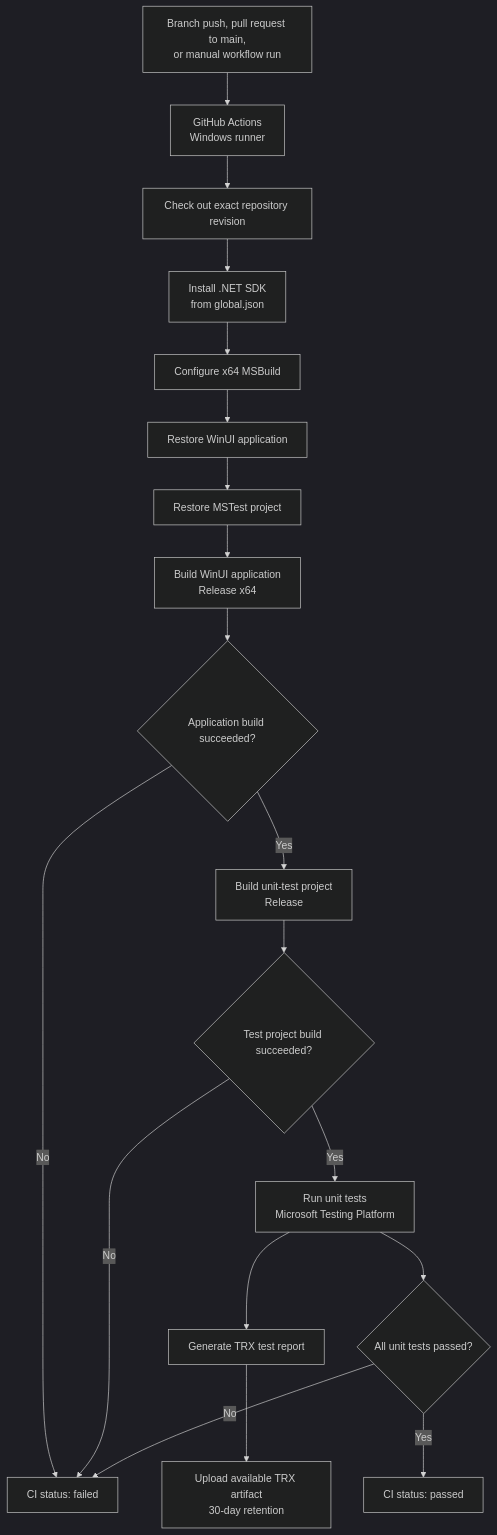
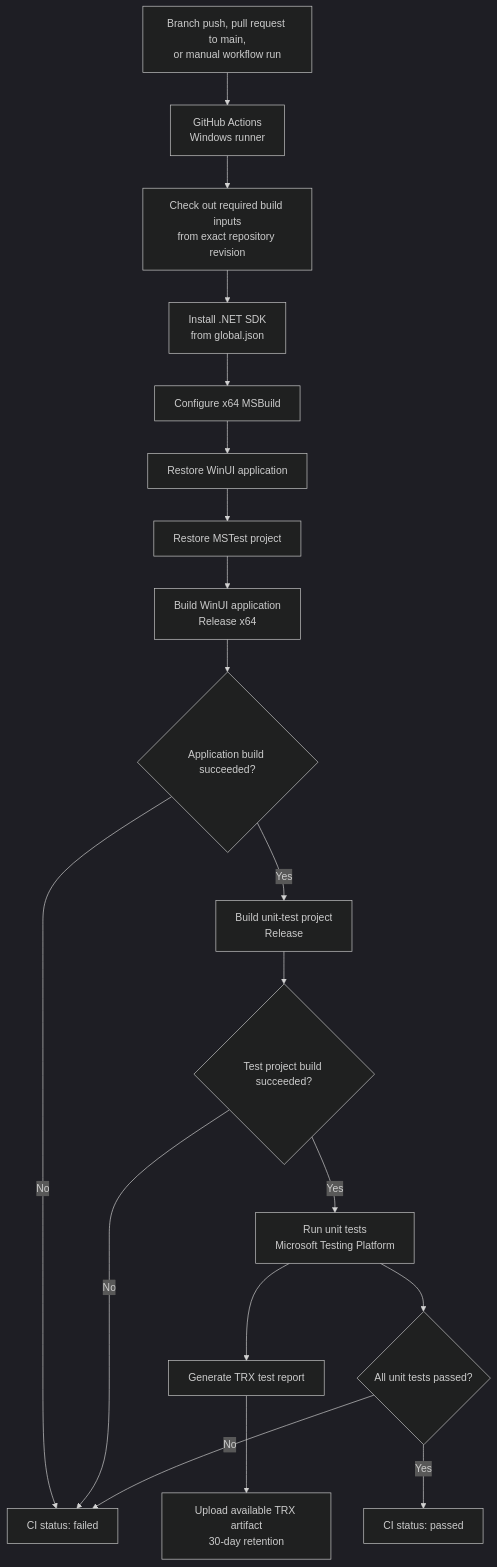
Before and after one commit to arian20020/IBM-Granite-Edge-AI-Optimisation-using-TurboQuant: the diagram in docs/architecture/diagrams/CI-Build-and-Test-Workflow.md, drawn with Mermaid (dark theme). The commit also changed 1 other file, not shown here.

Commit message:
ci: limit Windows checkout to required build inputs

````diff
--- a/docs/architecture/diagrams/CI-Build-and-Test-Workflow.md
+++ b/docs/architecture/diagrams/CI-Build-and-Test-Workflow.md
@@ -23,43 +23,43 @@
 ```mermaid
 flowchart TD
     A["Branch push, pull request to main,<br/>or manual workflow run"]
     B["GitHub Actions<br/>Windows runner"]
-    C["Check out exact repository revision"]
+    C["Check out required build inputs<br/>from exact repository revision"]
     D["Install .NET SDK<br/>from global.json"]
     E["Configure x64 MSBuild"]
     F["Restore WinUI application"]
     G["Restore MSTest project"]
     H["Build WinUI application<br/>Release x64"]
     I{"Application build succeeded?"}
     J["Build unit-test project<br/>Release"]
     K{"Test project build succeeded?"}
     L["Run unit tests<br/>Microsoft Testing Platform"]
     M["Generate TRX test report"]
     N["Upload available TRX artifact<br/>30-day retention"]
     O{"All unit tests passed?"}
     P["CI status: passed"]
     Q["CI status: failed"]
 
     A --> B
     B --> C
     C --> D
     D --> E
     E --> F
     F --> G
     G --> H
     H --> I
 
     I -- "No" --> Q
     I -- "Yes" --> J
 
     J --> K
     K -- "No" --> Q
     K -- "Yes" --> L
 
     L --> M
     M --> N
     L --> O
 
     O -- "Yes" --> P
     O -- "No" --> Q
 ```
````
